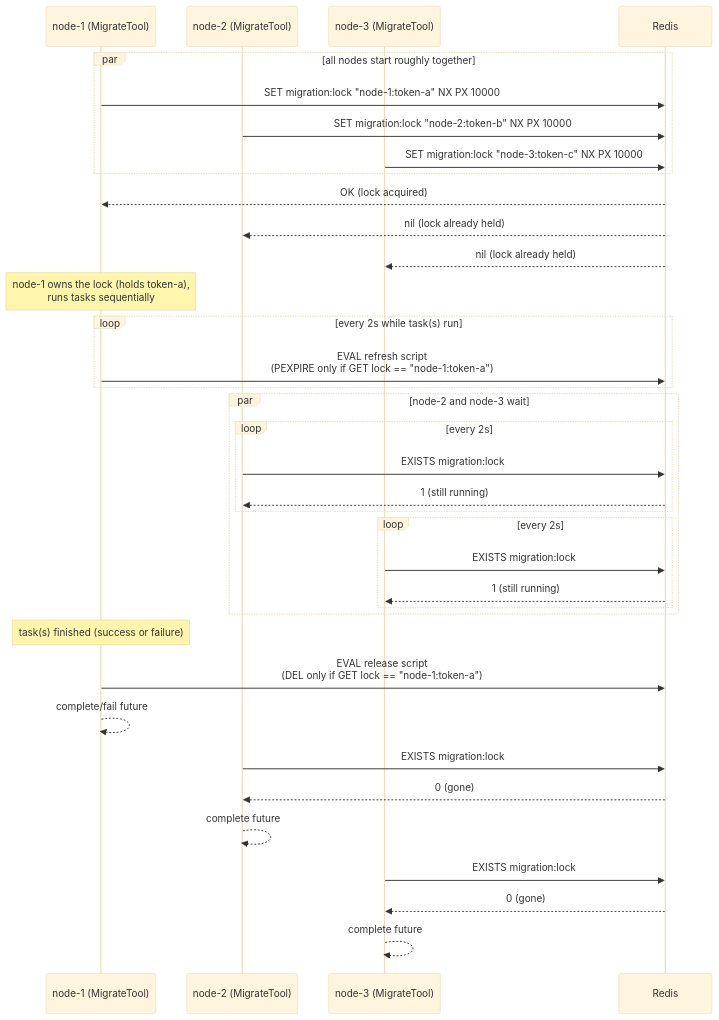
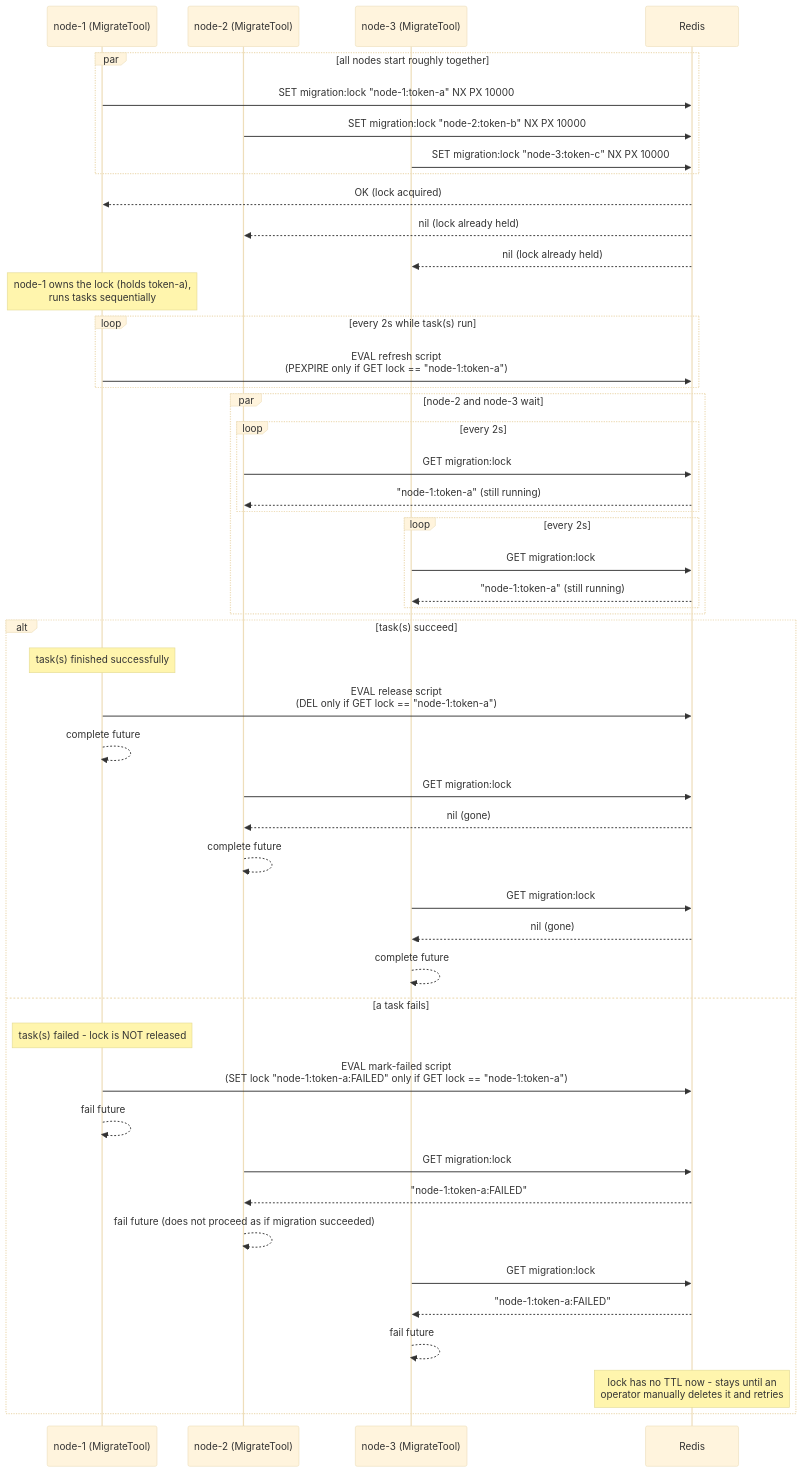
One commit to swisspost/vertx-rest-storage changed the second of 2 diagrams in docs/MigrateTool.md. Above: the diagram before and after it, drawn with Mermaid (base theme). The commit also changed other lines of this file and 5 other files, not shown here.

Commit message:
SDCISA-23368 fixed: if migration failed, need stop, also updated document

````diff
--- a/docs/MigrateTool.md
+++ b/docs/MigrateTool.md
@@ -64,46 +78,61 @@
 ```mermaid
 sequenceDiagram
     participant N1 as node-1 (MigrateTool)
     participant N2 as node-2 (MigrateTool)
     participant N3 as node-3 (MigrateTool)
     participant R as Redis
 
     par all nodes start roughly together
         N1->>R: SET migration:lock "node-1:token-a" NX PX 10000
         N2->>R: SET migration:lock "node-2:token-b" NX PX 10000
         N3->>R: SET migration:lock "node-3:token-c" NX PX 10000
     end
 
     R-->>N1: OK (lock acquired)
     R-->>N2: nil (lock already held)
     R-->>N3: nil (lock already held)
 
     Note over N1: node-1 owns the lock (holds token-a),<br/>runs tasks sequentially
 
     loop every 2s while task(s) run
         N1->>R: EVAL refresh script<br/>(PEXPIRE only if GET lock == "node-1:token-a")
     end
 
     par node-2 and node-3 wait
         loop every 2s
-            N2->>R: EXISTS migration:lock
-            R-->>N2: 1 (still running)
+            N2->>R: GET migration:lock
+            R-->>N2: "node-1:token-a" (still running)
         end
         loop every 2s
-            N3->>R: EXISTS migration:lock
-            R-->>N3: 1 (still running)
+            N3->>R: GET migration:lock
+            R-->>N3: "node-1:token-a" (still running)
         end
     end
 
-    Note over N1: task(s) finished (success or failure)
-    N1->>R: EVAL release script<br/>(DEL only if GET lock == "node-1:token-a")
-    N1-->>N1: complete/fail future
+    alt task(s) succeed
+        Note over N1: task(s) finished successfully
+        N1->>R: EVAL release script<br/>(DEL only if GET lock == "node-1:token-a")
+        N1-->>N1: complete future
 
-    N2->>R: EXISTS migration:lock
-    R-->>N2: 0 (gone)
-    N2-->>N2: complete future
+        N2->>R: GET migration:lock
+        R-->>N2: nil (gone)
+        N2-->>N2: complete future
 
-    N3->>R: EXISTS migration:lock
-    R-->>N3: 0 (gone)
-    N3-->>N3: complete future
+        N3->>R: GET migration:lock
+        R-->>N3: nil (gone)
+        N3-->>N3: complete future
+    else a task fails
+        Note over N1: task(s) failed - lock is NOT released
+        N1->>R: EVAL mark-failed script<br/>(SET lock "node-1:token-a:FAILED" only if GET lock == "node-1:token-a")
+        N1-->>N1: fail future
+
+        N2->>R: GET migration:lock
+        R-->>N2: "node-1:token-a:FAILED"
+        N2-->>N2: fail future (does not proceed as if migration succeeded)
+
+        N3->>R: GET migration:lock
+        R-->>N3: "node-1:token-a:FAILED"
+        N3-->>N3: fail future
+        Note over R: lock has no TTL now - stays until an<br/>operator manually deletes it and retries
+    end
 ```
````
